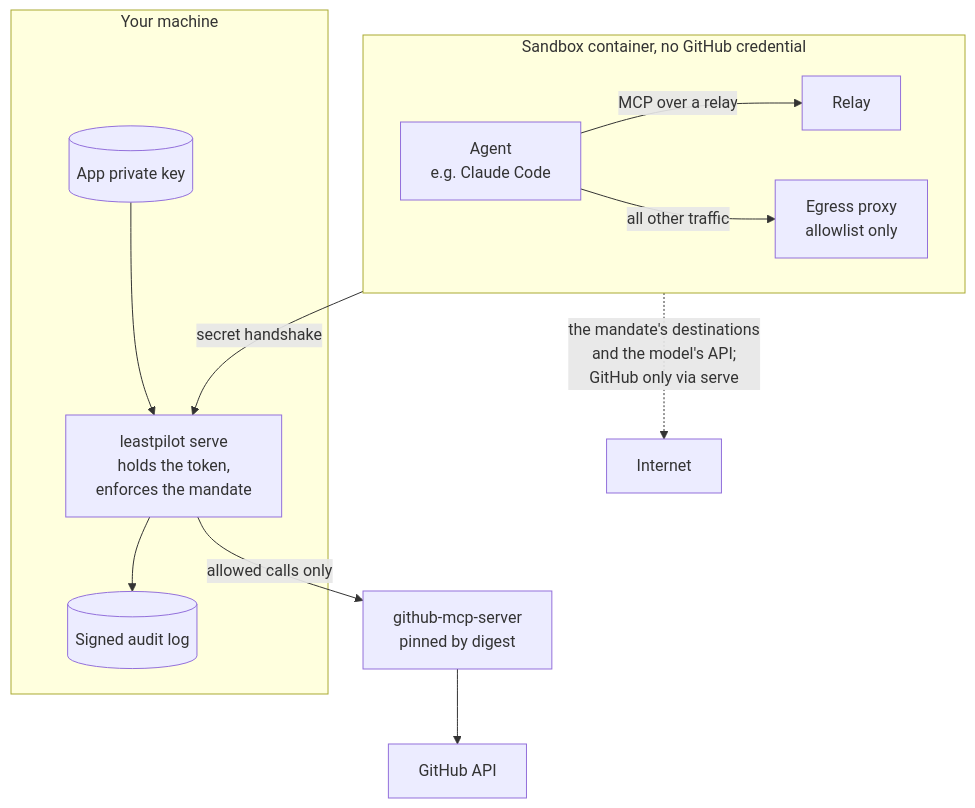
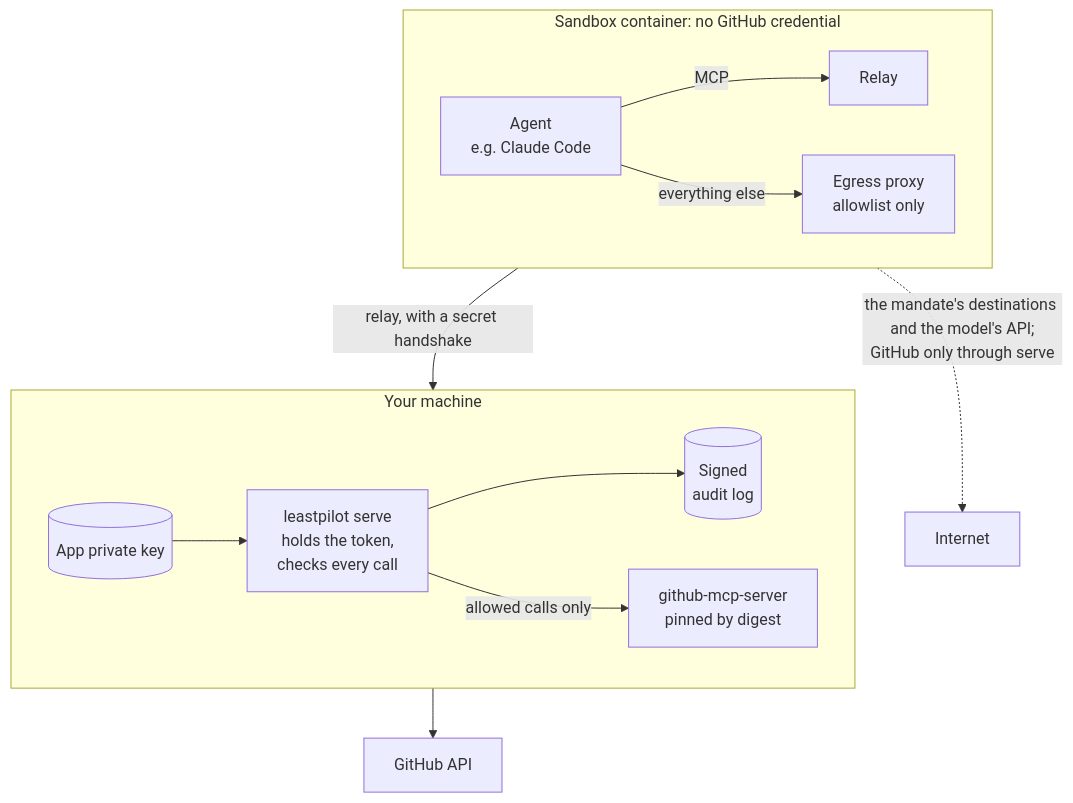
One commit to pkravella/mandate changed the second of 2 diagrams in README.md. Above: the diagram before and after it, drawn with Mermaid. The commit also changed other lines of this file, not shown here.

Commit message:
docs: README diagrams that keep their layout on GitHub
Edges between nodes in different subgraphs made mermaid drop each
subgraph's left-to-right direction, so both diagrams rendered tall and were
clipped. They now link subgraphs, not the nodes inside them.

````diff
--- a/README.md
+++ b/README.md
@@ -176,21 +178,19 @@
 ```mermaid
 flowchart TB
-    subgraph host["Your machine"]
-        serve["leastpilot serve<br/>holds the token,<br/>enforces the mandate"]
-        key[("App private key")]
-        log[("Signed audit log")]
-        key --> serve
-        serve --> log
+    subgraph box["Sandbox container: no GitHub credential"]
+        direction LR
+        agent["Agent<br/>e.g. Claude Code"] -- "MCP" --> relay["Relay"]
+        agent -- "everything else" --> squid["Egress proxy<br/>allowlist only"]
     end
 
-    subgraph box["Sandbox container, no GitHub credential"]
+    subgraph host["Your machine"]
         direction LR
-        agent["Agent<br/>e.g. Claude Code"] -- "MCP over a relay" --> relay["Relay"]
-        agent -- "all other traffic" --> squid["Egress proxy<br/>allowlist only"]
+        key[("App private key")] --> serve["leastpilot serve<br/>holds the token,<br/>checks every call"]
+        serve --> log[("Signed<br/>audit log")]
+        serve -- "allowed calls only" --> mcp["github-mcp-server<br/>pinned by digest"]
     end
 
-    relay -- "secret handshake" --> serve
-    serve -- "allowed calls only" --> mcp["github-mcp-server<br/>pinned by digest"]
-    mcp --> github["GitHub API"]
-    squid -. "the mandate's destinations<br/>and the model's API;<br/>GitHub only via serve" .-> internet["Internet"]
+    box -- "relay, with a secret handshake" --> host
+    host --> github["GitHub API"]
+    box -. "the mandate's destinations and the model's API;<br/>GitHub only through serve" .-> internet["Internet"]
 ```
````
